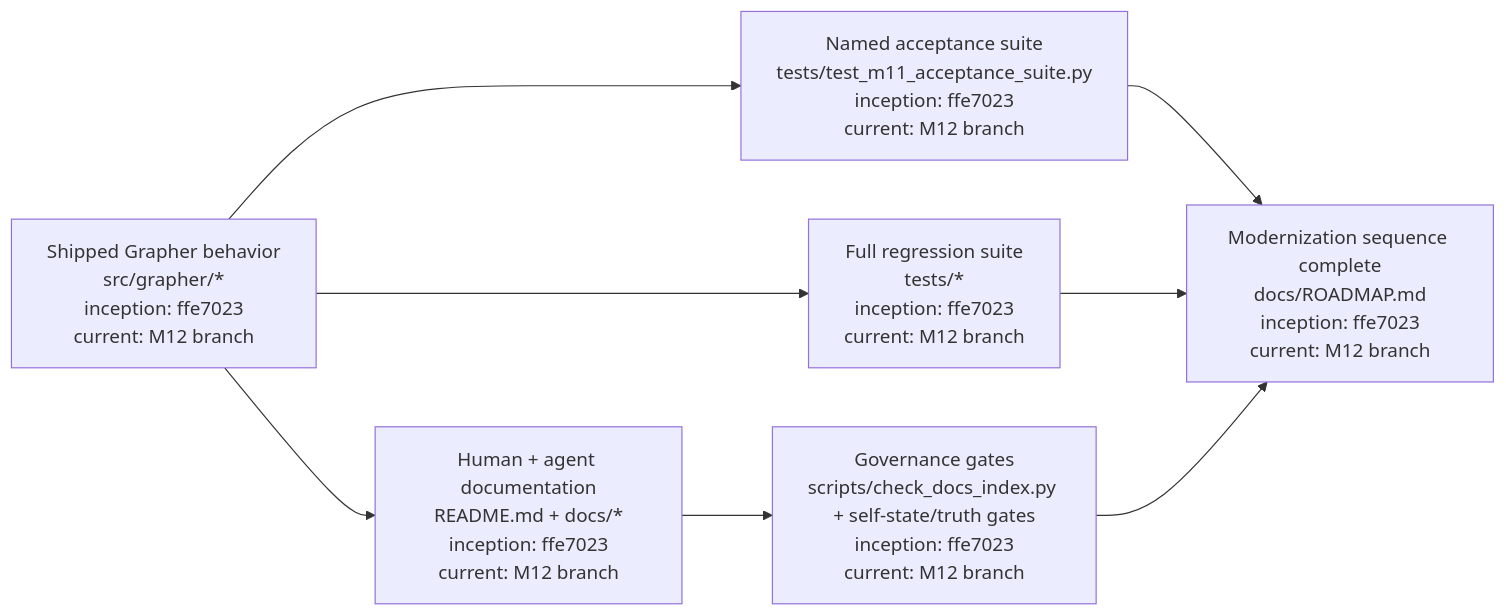
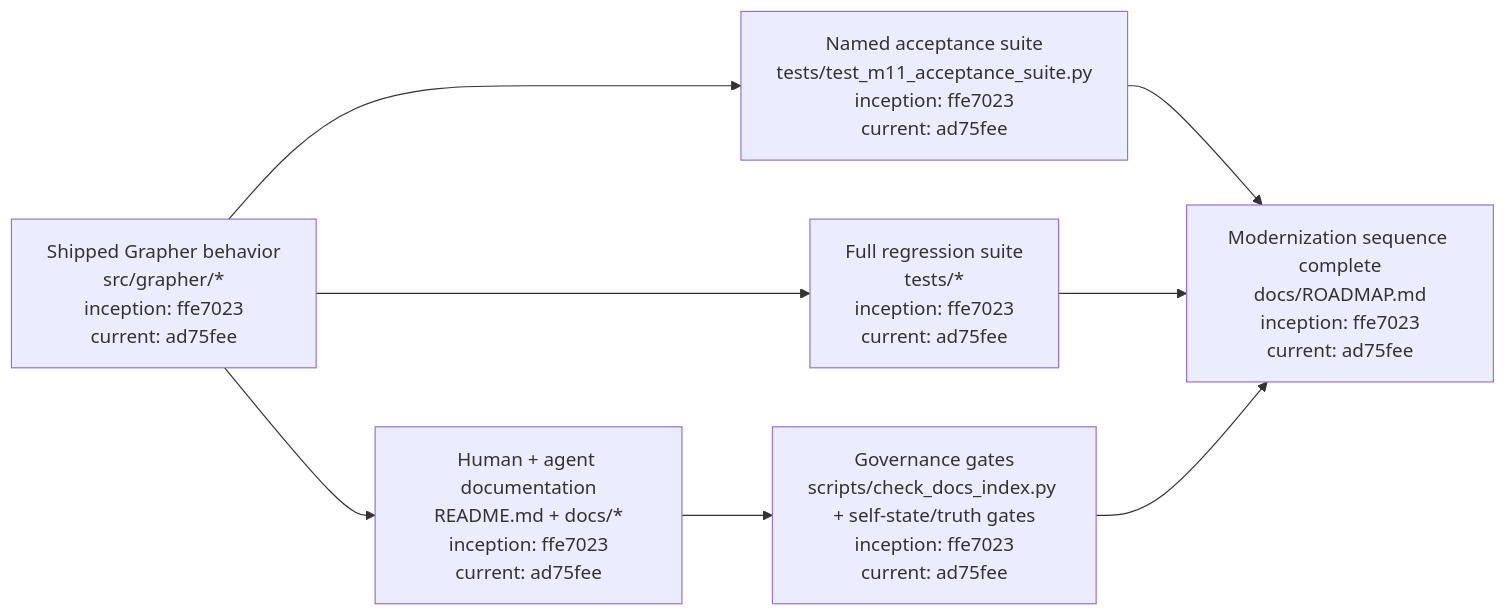
One commit to seanbman/grapher changed the first of 2 diagrams in docs/M12_COMPLETION.md. Above: the diagram before and after it, drawn with Mermaid. The commit also changed other lines of this file, not shown here.

````diff
--- a/docs/M12_COMPLETION.md
+++ b/docs/M12_COMPLETION.md
@@ -7,17 +9,17 @@
 ```mermaid
 flowchart LR
-    SHIPPED["Shipped Grapher behavior\nsrc/grapher/*\ninception: ffe7023\ncurrent: M12 branch"]
-    DOCS["Human + agent documentation\nREADME.md + docs/*\ninception: ffe7023\ncurrent: M12 branch"]
-    ACCEPT["Named acceptance suite\ntests/test_m11_acceptance_suite.py\ninception: ffe7023\ncurrent: M12 branch"]
-    REGRESSION["Full regression suite\ntests/*\ninception: ffe7023\ncurrent: M12 branch"]
-    GOVERN["Governance gates\nscripts/check_docs_index.py + self-state/truth gates\ninception: ffe7023\ncurrent: M12 branch"]
-    CLOSE["Modernization sequence complete\ndocs/ROADMAP.md\ninception: ffe7023\ncurrent: M12 branch"]
+    SHIPPED["Shipped Grapher behavior\nsrc/grapher/*\ninception: ffe7023\ncurrent: ad75fee"]
+    DOCS["Human + agent documentation\nREADME.md + docs/*\ninception: ffe7023\ncurrent: ad75fee"]
+    ACCEPT["Named acceptance suite\ntests/test_m11_acceptance_suite.py\ninception: ffe7023\ncurrent: ad75fee"]
+    REGRESSION["Full regression suite\ntests/*\ninception: ffe7023\ncurrent: ad75fee"]
+    GOVERN["Governance gates\nscripts/check_docs_index.py + self-state/truth gates\ninception: ffe7023\ncurrent: ad75fee"]
+    CLOSE["Modernization sequence complete\ndocs/ROADMAP.md\ninception: ffe7023\ncurrent: ad75fee"]
 
     SHIPPED --> DOCS
     SHIPPED --> ACCEPT
     SHIPPED --> REGRESSION
     DOCS --> GOVERN
     ACCEPT --> CLOSE
     REGRESSION --> CLOSE
     GOVERN --> CLOSE
 ```
````
